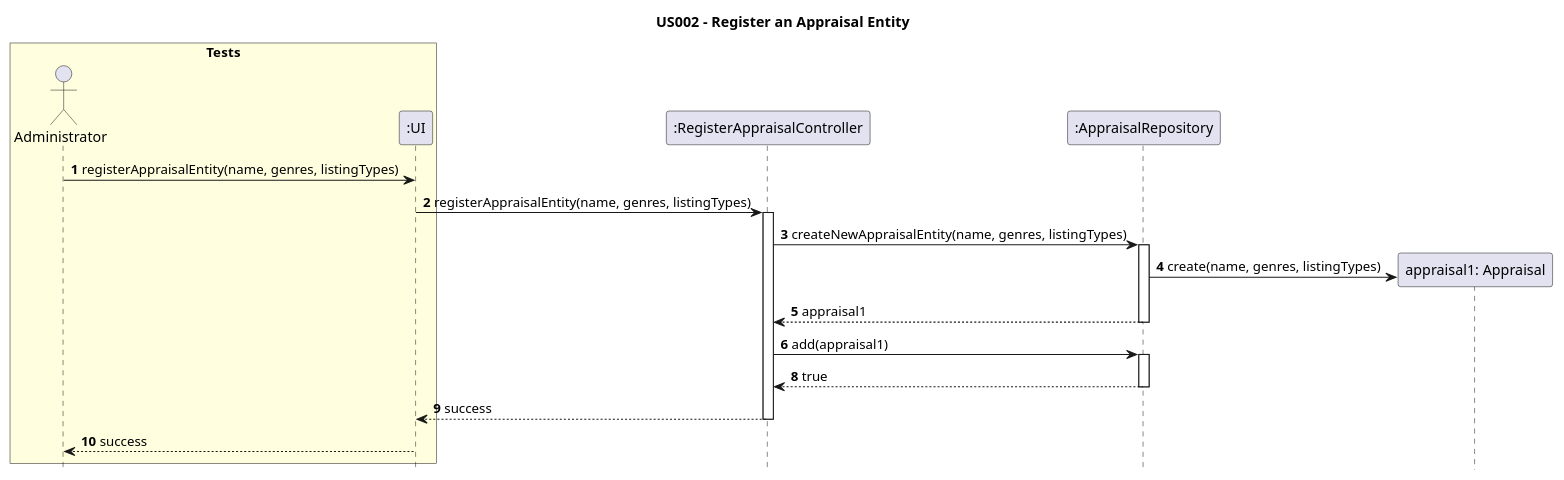
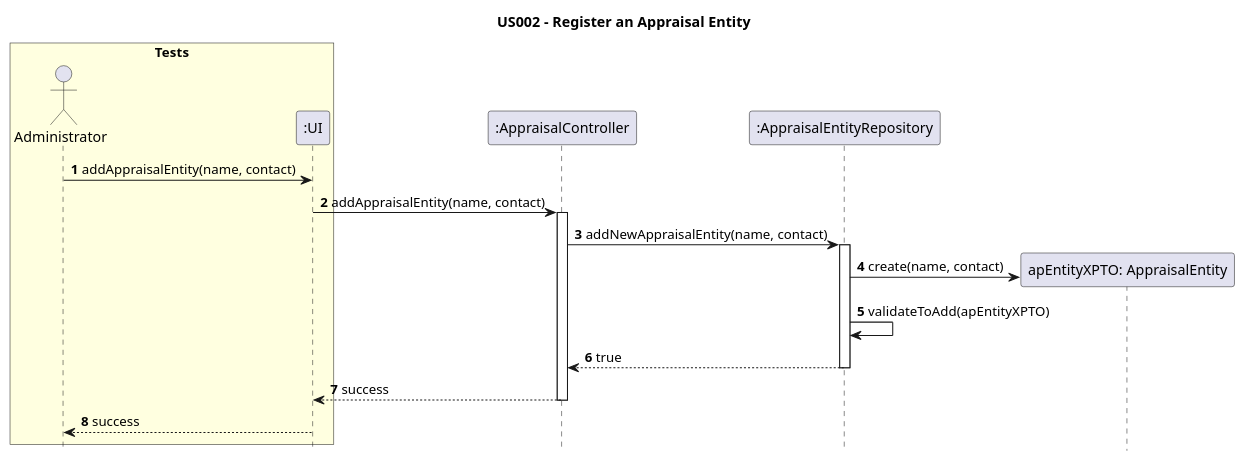
One commit to AndrePereiraGitH/SWitCH-Project-Team_A changed the diagram in Diagrams/SequenceDiagrams/US004-to-register-an-appraisal-entity.puml. Above: the diagram before and after it, drawn with PlantUML. The commit also changed 3 other files, not shown here.

Commit message:
US004 - Update Sequence and Class diagrams. #58; #59

```diff
--- a/Diagrams/SequenceDiagrams/US004-to-register-an-appraisal-entity.puml
+++ b/Diagrams/SequenceDiagrams/US004-to-register-an-appraisal-entity.puml
@@ -1,39 +1,37 @@
 @startuml
 
 hide footbox
 title US002 - Register an Appraisal Entity
 
 box "Tests" #LightYellow
 actor Administrator
 participant ":UI" as UI
 end box
 
-participant ":RegisterAppraisalController" as RegisterAppraisalController
-participant ":AppraisalRepository" as AppraisalRepository
+participant ":AppraisalController" as AppraisalController
+participant ":AppraisalEntityRepository" as AppraisalEntityRepository
 
-Administrator -> UI : **1** registerAppraisalEntity(name, genres, listingTypes)
+Administrator -> UI : **1** addAppraisalEntity(name, contact)
 
-UI -> RegisterAppraisalController : **2** registerAppraisalEntity(name, genres, listingTypes)
-activate RegisterAppraisalController
+UI -> AppraisalController : **2** addAppraisalEntity(name, contact)
+activate AppraisalController
 
-RegisterAppraisalController -> AppraisalRepository : **3** createNewAppraisalEntity(name, genres, listingTypes)
-activate AppraisalRepository
+AppraisalController -> AppraisalEntityRepository : **3** addNewAppraisalEntity(name, contact)
+activate AppraisalEntityRepository
 
-create "appraisal1: Appraisal" as Appraisal
-AppraisalRepository -> Appraisal : **4** create(name, genres, listingTypes)
+create "apEntityXPTO: AppraisalEntity" as AppraisalEntity
+AppraisalEntityRepository -> AppraisalEntity : **4** create(name, contact)
 
-AppraisalRepository --> RegisterAppraisalController : **5** appraisal1
-deactivate AppraisalRepository
 
-RegisterAppraisalController -> AppraisalRepository : **6** add(appraisal1)
-activate AppraisalRepository
+    AppraisalEntityRepository -> AppraisalEntityRepository : **5** validateToAdd(apEntityXPTO)
 
-AppraisalRepository --> RegisterAppraisalController : **8** true
-deactivate AppraisalRepository
 
-RegisterAppraisalController --> UI : **9** success
-deactivate RegisterAppraisalController
+AppraisalEntityRepository --> AppraisalController : **6** true
+deactivate AppraisalEntityRepository
 
-UI --> Administrator : **10** success
+AppraisalController --> UI : **7** success
+deactivate AppraisalController
+
+UI --> Administrator : **8** success
 
 @enduml
```
